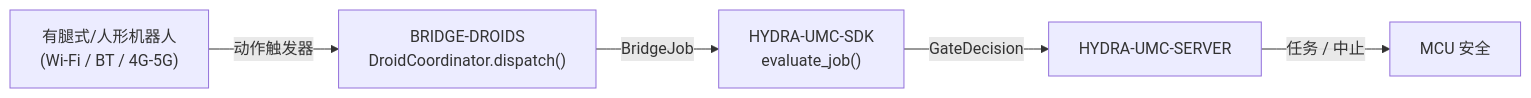
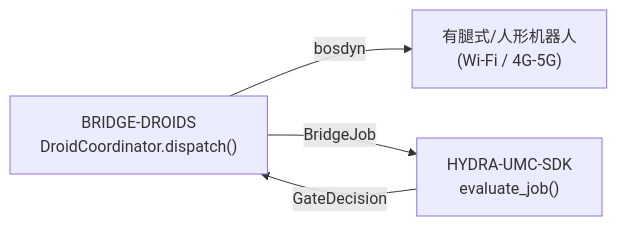
The diagram in README_zho.md (JuanenRac/HYDRA-UMC-BRIDGE-DROIDS), drawn with Mermaid before and after one commit. The commit also changed other lines of this file and 20 other files, not shown here.

````diff
--- a/README_zho.md
+++ b/README_zho.md
@@ -50,7 +51,6 @@
 ```mermaid
 flowchart LR
-    DROID["有腿式/人形机器人<br/>(Wi-Fi / BT / 4G-5G)"] -- "动作触发器" --> BRIDGE["BRIDGE-DROIDS<br/>DroidCoordinator.dispatch()"]
+    BRIDGE["BRIDGE-DROIDS<br/>DroidCoordinator.dispatch()"] -- "bosdyn" --> DROID["有腿式/人形机器人<br/>(Wi-Fi / 4G-5G)"]
     BRIDGE -- BridgeJob --> SDK["HYDRA-UMC-SDK<br/>evaluate_job()"]
-    SDK -- GateDecision --> SERVER["HYDRA-UMC-SERVER"]
-    SERVER -- "任务 / 中止" --> MCU["MCU 安全"]
+    SDK -- GateDecision --> BRIDGE
 ```
````
